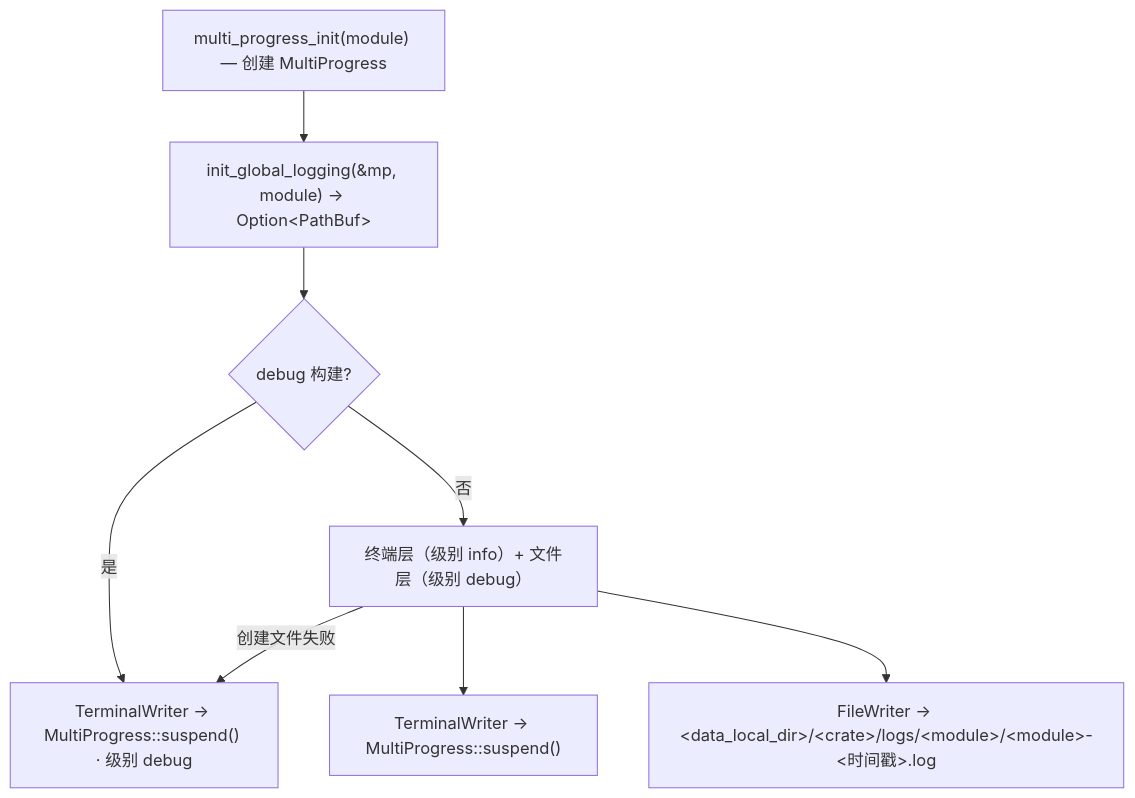
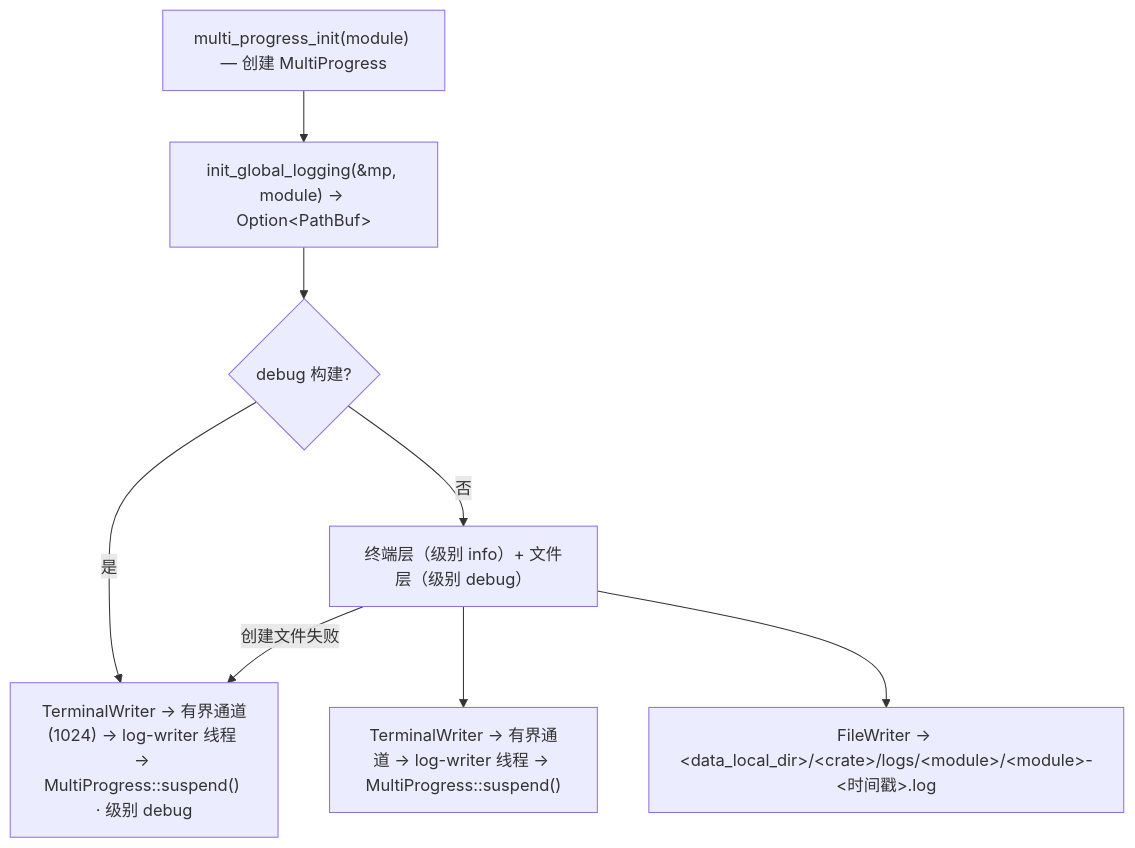
One commit to WaterBall20/water_ball_tool changed the ninth of 9 diagrams in docs/zh_CN/ARCHITECTURE.md. Above: the diagram before and after it, drawn with Mermaid. The commit also changed other lines of this file and 63 other files, not shown here.

````diff
--- a/docs/zh_CN/ARCHITECTURE.md
+++ b/docs/zh_CN/ARCHITECTURE.md
@@ -960,10 +1044,10 @@
 ```mermaid
 flowchart TD
     MP["multi_progress_init(module) — 创建 MultiProgress"] --> INIT["init_global_logging(&mp, module) → Option&lt;PathBuf&gt;"]
     INIT --> DBG{"debug 构建?"}
-    DBG -->|是| TERM["TerminalWriter → MultiProgress::suspend() · 级别 debug"]
+    DBG -->|是| TERM["TerminalWriter → 有界通道(1024) → log-writer 线程 → MultiProgress::suspend() · 级别 debug"]
     DBG -->|否| SPLIT["终端层（级别 info）+ 文件层（级别 debug）"]
-    SPLIT --> TW["TerminalWriter → MultiProgress::suspend()"]
+    SPLIT --> TW["TerminalWriter → 有界通道 → log-writer 线程 → MultiProgress::suspend()"]
     SPLIT --> FW["FileWriter → &lt;data_local_dir&gt;/&lt;crate&gt;/logs/&lt;module&gt;/&lt;module&gt;-&lt;时间戳&gt;.log"]
     SPLIT -->|创建文件失败| TERM
 ```
````
